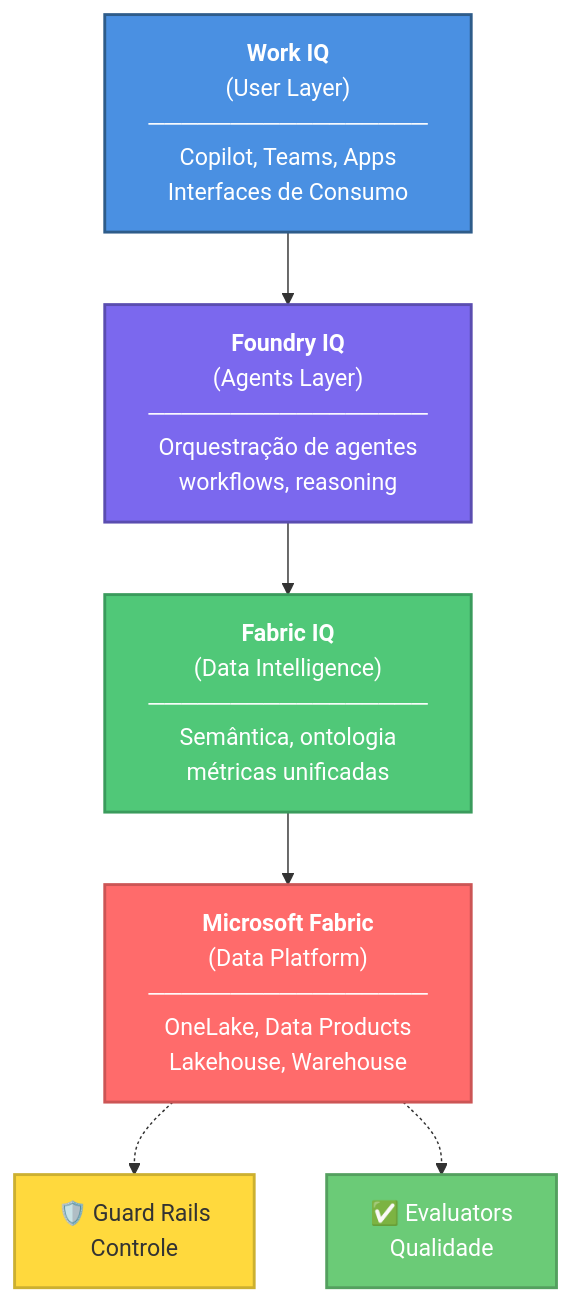
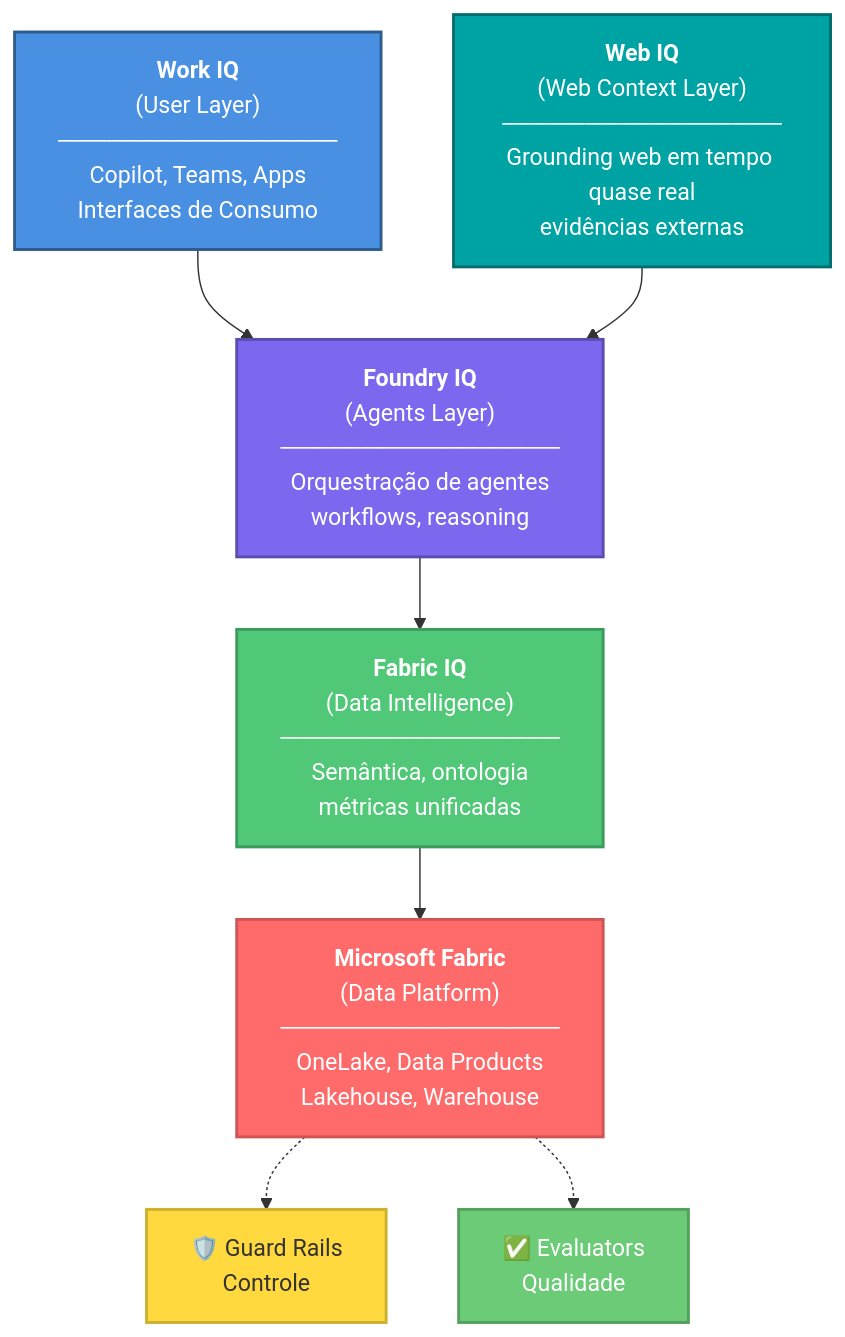
One commit to fabioharams/hubsp-ai-skill changed the first of 19 diagrams in referencias/02-arquitetura-referencia-camadas.md. Above: the diagram before and after it, drawn with Mermaid. The commit also changed other lines of this file and 5 other files, not shown here.

````diff
--- a/referencias/02-arquitetura-referencia-camadas.md
+++ b/referencias/02-arquitetura-referencia-camadas.md
@@ -3,24 +5,27 @@
 ```mermaid
 graph TD
     A["<b>Work IQ</b><br/>(User Layer)<br/>─────────────────<br/>Copilot, Teams, Apps<br/>Interfaces de Consumo"] 
     B["<b>Foundry IQ</b><br/>(Agents Layer)<br/>─────────────────<br/>Orquestração de agentes<br/>workflows, reasoning"]
     C["<b>Fabric IQ</b><br/>(Data Intelligence)<br/>─────────────────<br/>Semântica, ontologia<br/>métricas unificadas"]
+    W["<b>Web IQ</b><br/>(Web Context Layer)<br/>─────────────────<br/>Grounding web em tempo quase real<br/>evidências externas"]
     D["<b>Microsoft Fabric</b><br/>(Data Platform)<br/>─────────────────<br/>OneLake, Data Products<br/>Lakehouse, Warehouse"]
     
     E["🛡️ Guard Rails<br/>Controle"]
     F["✅ Evaluators<br/>Qualidade"]
     
     A --> B
     B --> C
     C --> D
+    W --> B
     
     D -.-> E
     D -.-> F
     
     style A fill:#4A90E2,stroke:#2E5C8A,color:#fff,stroke-width:2px
     style B fill:#7B68EE,stroke:#5A4DB0,color:#fff,stroke-width:2px
     style C fill:#50C878,stroke:#3A9B5C,color:#fff,stroke-width:2px
+    style W fill:#00A3A3,stroke:#006D6D,color:#fff,stroke-width:2px
     style D fill:#FF6B6B,stroke:#CC5555,color:#fff,stroke-width:2px
     style E fill:#FFD93D,stroke:#CCB030,color:#333,stroke-width:2px
     style F fill:#6BCB77,stroke:#54A05F,color:#fff,stroke-width:2px
 ```
````
